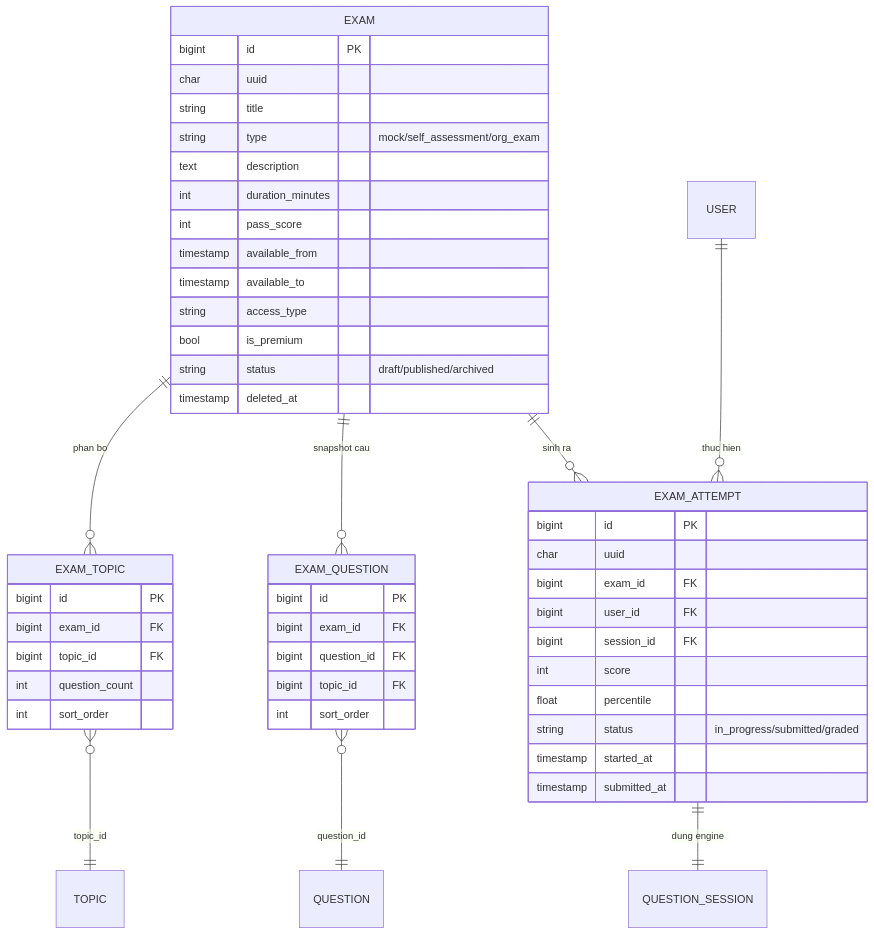
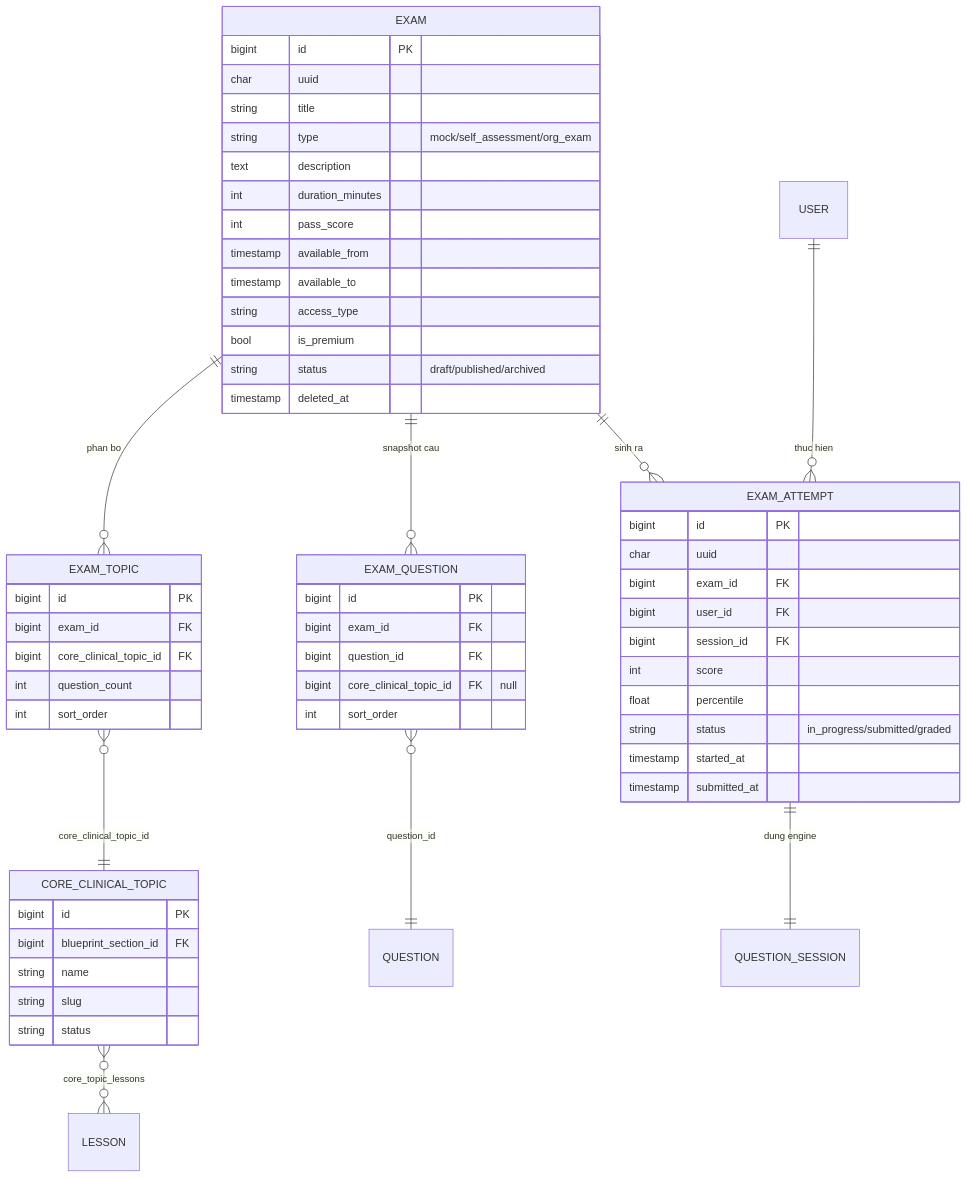
Before and after one commit to HongQuanIT/du-an-y-khoa: the seventh of 9 diagrams in srs/00-nen-tang/10-erd.md, drawn with Mermaid. The commit also changed other lines of this file and 147 other files, not shown here.

````diff
--- a/srs/00-nen-tang/10-erd.md
+++ b/srs/00-nen-tang/10-erd.md
@@ -507,52 +527,60 @@
 ```mermaid
 erDiagram
     EXAM ||--o{ EXAM_TOPIC : "phan bo"
     EXAM ||--o{ EXAM_QUESTION : "snapshot cau"
-    EXAM_TOPIC }o--|| TOPIC : "topic_id"
+    EXAM_TOPIC }o--|| CORE_CLINICAL_TOPIC : "core_clinical_topic_id"
     EXAM_QUESTION }o--|| QUESTION : "question_id"
+    CORE_CLINICAL_TOPIC }o--o{ LESSON : "core_topic_lessons"
     EXAM ||--o{ EXAM_ATTEMPT : "sinh ra"
     USER ||--o{ EXAM_ATTEMPT : "thuc hien"
     EXAM_ATTEMPT ||--|| QUESTION_SESSION : "dung engine"
 
     EXAM {
         bigint id PK
         char uuid
         string title
         string type "mock/self_assessment/org_exam"
         text description
         int duration_minutes
         int pass_score
         timestamp available_from
         timestamp available_to
         string access_type
         bool is_premium
         string status "draft/published/archived"
         timestamp deleted_at
     }
     EXAM_TOPIC {
         bigint id PK
         bigint exam_id FK
-        bigint topic_id FK
+        bigint core_clinical_topic_id FK
         int question_count
         int sort_order
     }
     EXAM_QUESTION {
         bigint id PK
         bigint exam_id FK
         bigint question_id FK
-        bigint topic_id FK
+        bigint core_clinical_topic_id FK "null"
         int sort_order
+    }
+    CORE_CLINICAL_TOPIC {
+        bigint id PK
+        bigint blueprint_section_id FK
+        string name
+        string slug
+        string status
     }
     EXAM_ATTEMPT {
         bigint id PK
         char uuid
         bigint exam_id FK
         bigint user_id FK
         bigint session_id FK
         int score
         float percentile
         string status "in_progress/submitted/graded"
         timestamp started_at
         timestamp submitted_at
     }
 ```
````
